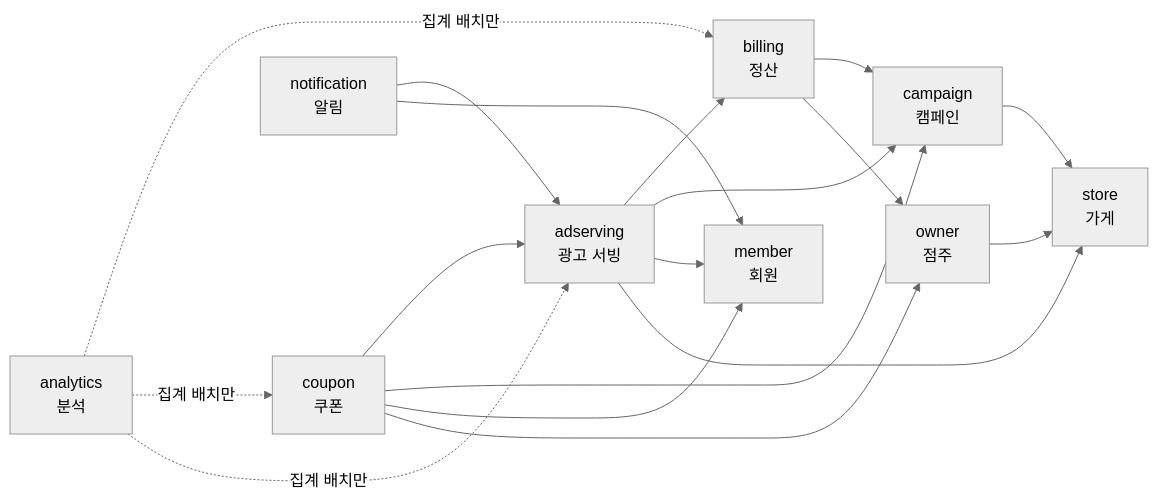
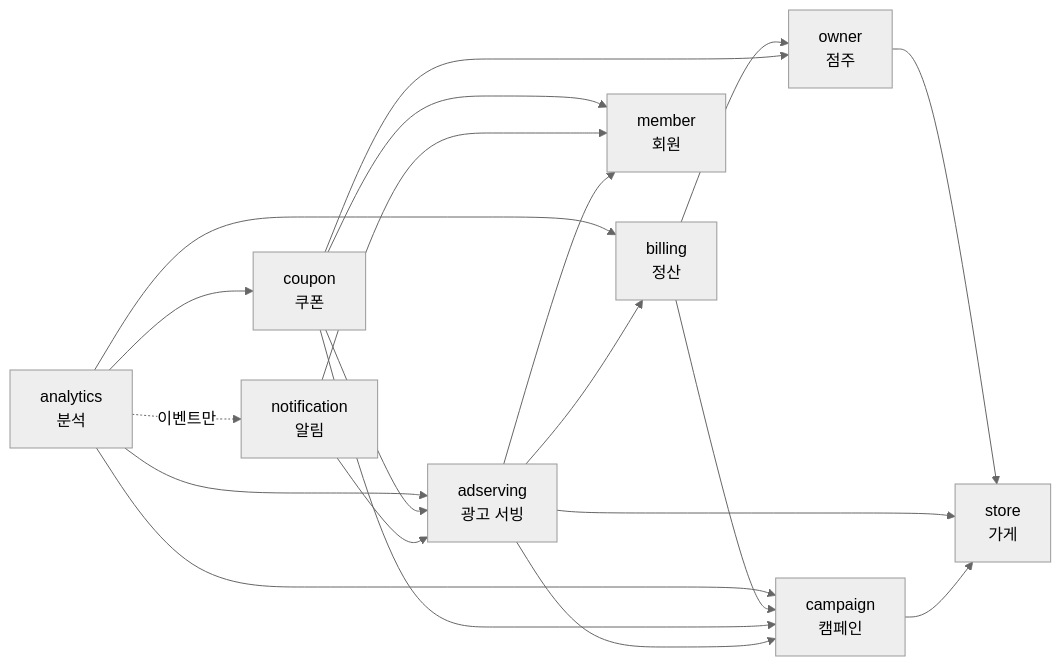
The second of 2 diagrams in docs/architecture/런치캐치_도메인_구조와_의존성_설계.md (lunch-catch/lc-backend), drawn with Mermaid (neutral theme) before and after one commit. The commit also changed other lines of this file, not shown here.

````diff
--- a/docs/architecture/런치캐치_도메인_구조와_의존성_설계.md
+++ b/docs/architecture/런치캐치_도메인_구조와_의존성_설계.md
@@ -225,28 +225,32 @@
 ```mermaid
 flowchart LR
   ANA["analytics<br/>분석"]
   COU["coupon<br/>쿠폰"]
   NOT["notification<br/>알림"]
   OWN["owner<br/>점주"]
   ADS["adserving<br/>광고 서빙"]
   BIL["billing<br/>정산"]
   MEM["member<br/>회원"]
   CAM["campaign<br/>캠페인"]
   STO["store<br/>가게"]
 
-  ANA -. "집계 배치만" .-> BIL & COU & ADS
+  ANA --> ADS
+  ANA --> BIL
+  ANA --> COU
+  ANA --> CAM
+  ANA -. "이벤트만" .-> NOT
   BIL --> CAM
   BIL --> OWN
   COU --> ADS
   COU --> CAM
   COU --> MEM
   COU --> OWN
   NOT --> ADS
   NOT --> MEM
   OWN --> STO
   ADS --> BIL
   ADS --> CAM
   ADS --> MEM
   ADS --> STO
   CAM --> STO
 ```
````
